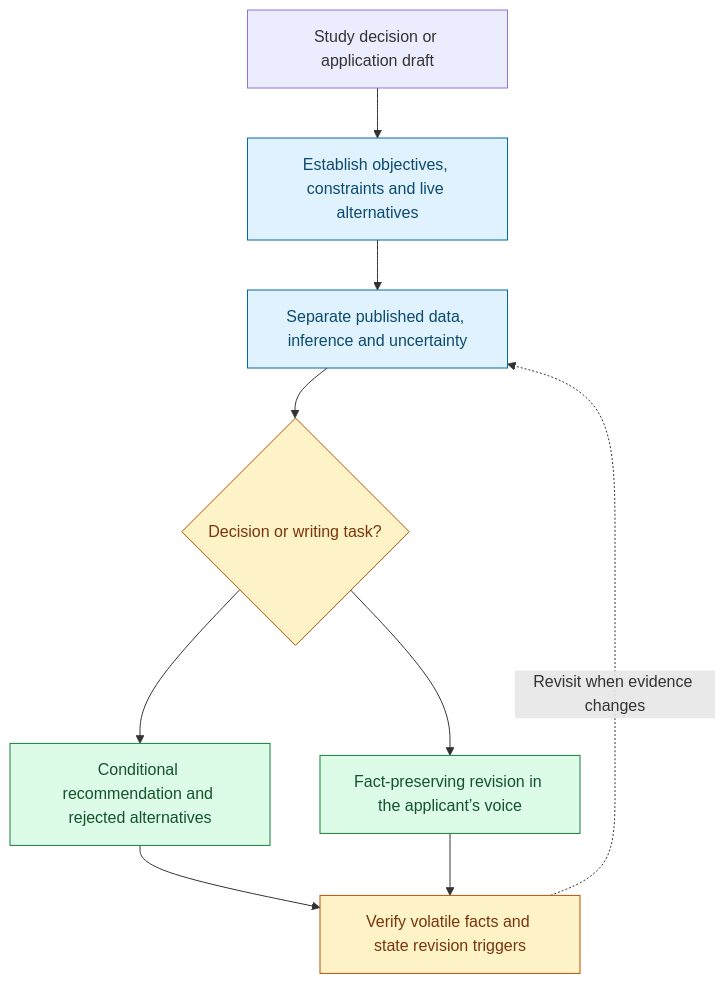
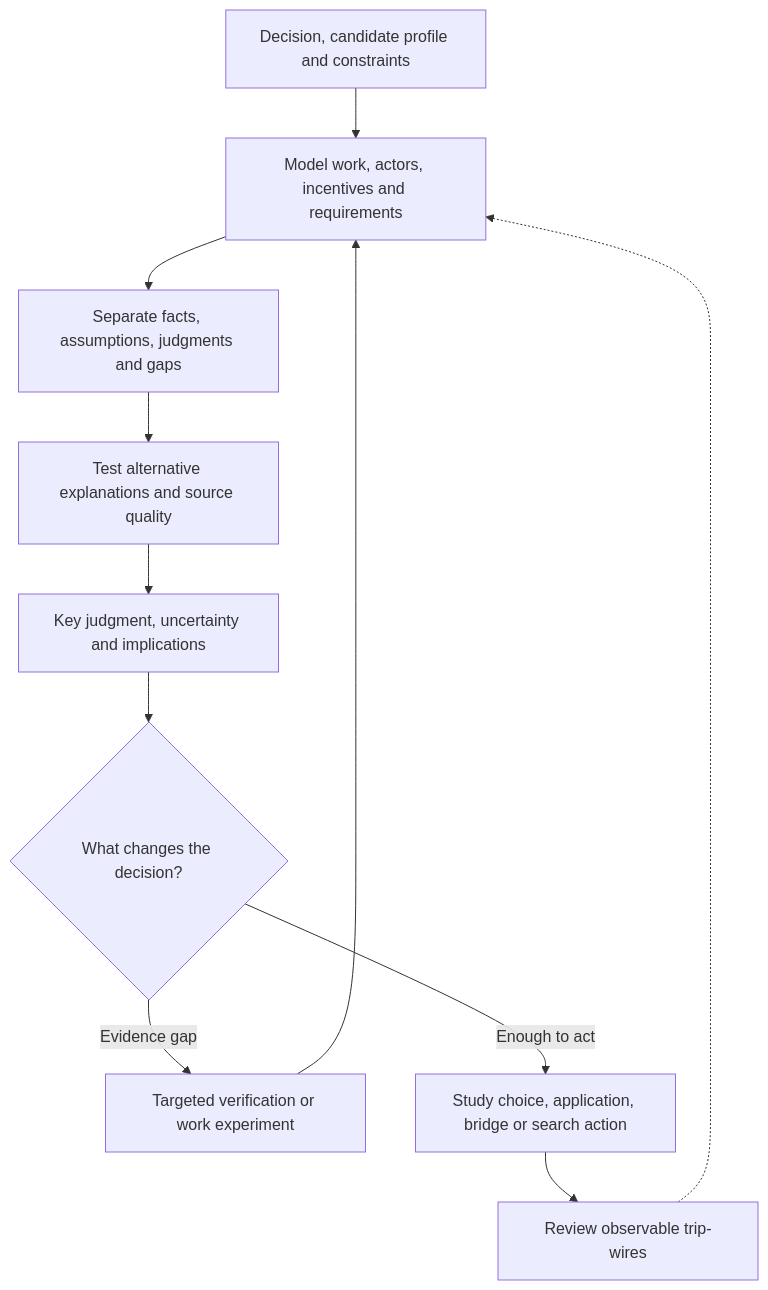
Before and after one commit to ariel-lee-1023/US-Study-to-Career-Advisor-for-Law-Students: the first of 3 diagrams in README.md, drawn with Mermaid. The commit also changed other lines of this file and 25 other files, not shown here.

Commit message:
Expand study-to-career advising and integrate analytic production

````diff
--- a/README.md
+++ b/README.md
@@ -17,24 +17,15 @@
 ```mermaid
 flowchart TD
-    accTitle: Reasoning and delivery workflow
-    accDescr: The task and evidence guide domain reasoning, the output and review.
-    input["Study decision or application draft"]
-    frame["Establish objectives, constraints and live alternatives"]
-    reason["Separate published data, inference and uncertainty"]
-    choice{"Decision or writing task?"}
-    primary["Conditional recommendation and rejected alternatives"]
-    alternative["Fact-preserving revision in the applicant’s voice"]
-    review["Verify volatile facts and state revision triggers"]
-    input --> frame --> reason --> choice
-    choice --> primary
-    choice --> alternative
-    primary --> review
-    alternative --> review
-    review -.->|Revisit when evidence changes| reason
-    classDef focus fill:#e0f2fe,stroke:#0369a1,color:#0c4a6e
-    classDef output fill:#dcfce7,stroke:#15803d,color:#14532d
-    classDef decision fill:#fef3c7,stroke:#b45309,color:#78350f
-    class frame,reason focus
-    class primary,alternative output
-    class choice,review decision
+    accTitle: Study-to-career reasoning workflow
+    accDescr: A decision and candidate profile guide a revisable target model, evidence checks, judgments and action.
+    q["Decision, candidate profile and constraints"] --> m["Model work, actors, incentives and requirements"]
+    m --> e["Separate facts, assumptions, judgments and gaps"]
+    e --> a["Test alternative explanations and source quality"]
+    a --> j["Key judgment, uncertainty and implications"]
+    j --> n{"What changes the decision?"}
+    n -->|Evidence gap| c["Targeted verification or work experiment"]
+    n -->|Enough to act| o["Study choice, application, bridge or search action"]
+    c --> m
+    o --> r["Review observable trip-wires"]
+    r -.-> m
 ```
````
